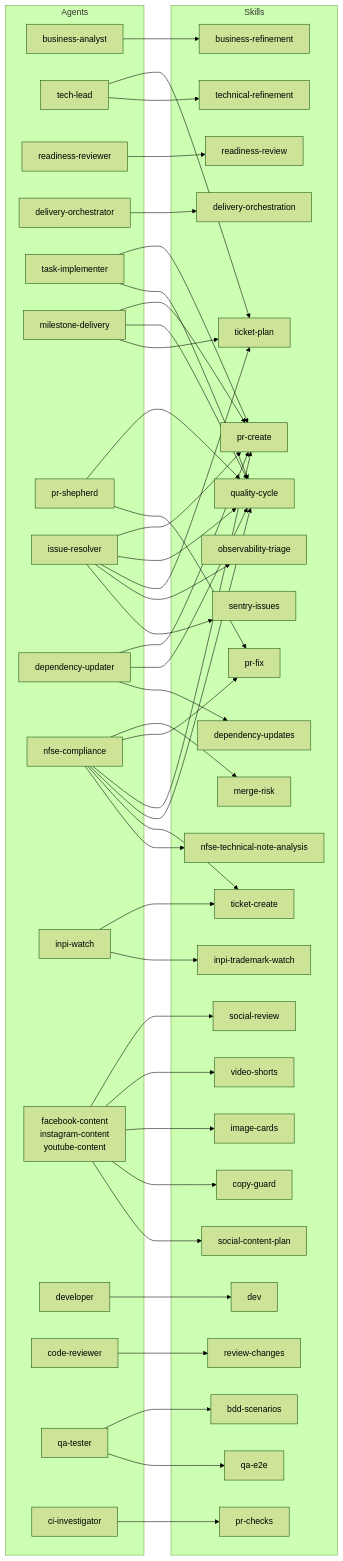
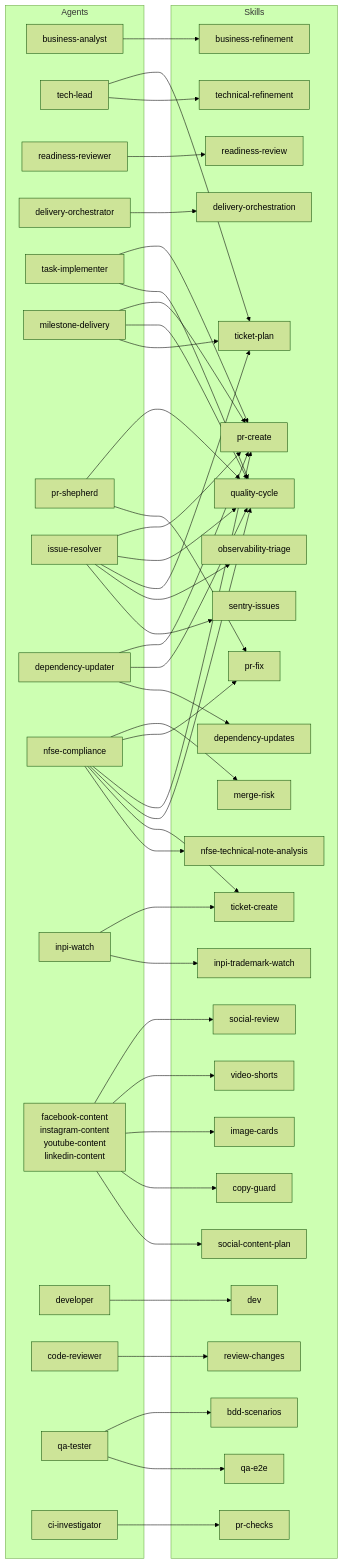
Before and after one commit to fbrissi/ai-skills: the second of 3 diagrams in docs/claude-code-agents.md, drawn with Mermaid (forest theme). The commit also changed other lines of this file and 144 other files, not shown here.

````diff
--- a/docs/claude-code-agents.md
+++ b/docs/claude-code-agents.md
@@ -72,64 +73,64 @@
 ```mermaid
 flowchart LR
   subgraph AG["Agents"]
     BA["business-analyst"]
     TL["tech-lead"]
     RV["readiness-reviewer"]
     DO["delivery-orchestrator"]
     TI["task-implementer"]
     MD["milestone-delivery"]
     PS["pr-shepherd"]
     IR["issue-resolver"]
     DU["dependency-updater"]
     NC["nfse-compliance"]
     IW["inpi-watch"]
-    SC["facebook-content<br/>instagram-content<br/>youtube-content"]
+    SC["facebook-content<br/>instagram-content<br/>youtube-content<br/>linkedin-content"]
     DEV["developer"]
     CR["code-reviewer"]
     QA["qa-tester"]
     CI["ci-investigator"]
   end
   subgraph SK["Skills"]
     sBR["business-refinement"]
     sTR["technical-refinement"]
     sTP["ticket-plan"]
     sRR["readiness-review"]
     sDO["delivery-orchestration"]
     sDEV["dev"]
     sQC["quality-cycle"]
     sPC["pr-create"]
     sPF["pr-fix"]
     sMR["merge-risk"]
     sRC["review-changes"]
     sQE["qa-e2e"]
     sBDD["bdd-scenarios"]
     sCK["pr-checks"]
     sSI["sentry-issues"]
     sOT["observability-triage"]
     sDU["dependency-updates"]
     sTC["ticket-create"]
     sNT["nfse-technical-note-analysis"]
     sIN["inpi-trademark-watch"]
     sSP["social-content-plan"]
     sCG["copy-guard"]
     sIC["image-cards"]
     sVS["video-shorts"]
     sSR["social-review"]
   end
   BA --> sBR
   TL --> sTR & sTP
   RV --> sRR
   DO --> sDO
   TI --> sQC & sPC
   MD --> sTP & sQC & sPC
   PS --> sPF & sQC
   IR --> sSI & sOT & sTP & sQC & sPC
   DU --> sDU & sQC & sPC
   NC --> sNT & sTC & sQC & sPC & sPF & sMR
   IW --> sIN & sTC
   SC --> sSP & sCG & sIC & sVS & sSR
   DEV --> sDEV
   CR --> sRC
   QA --> sQE & sBDD
   CI --> sCK
 ```
````
